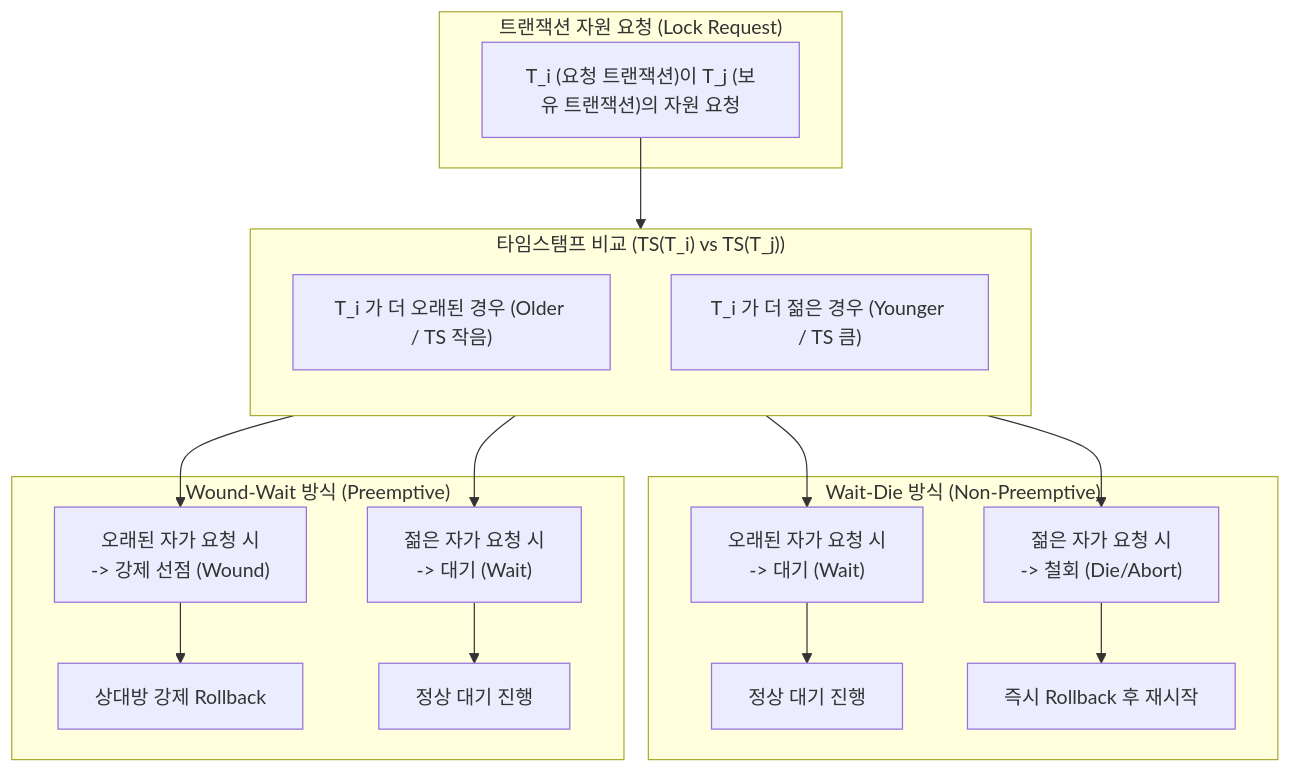
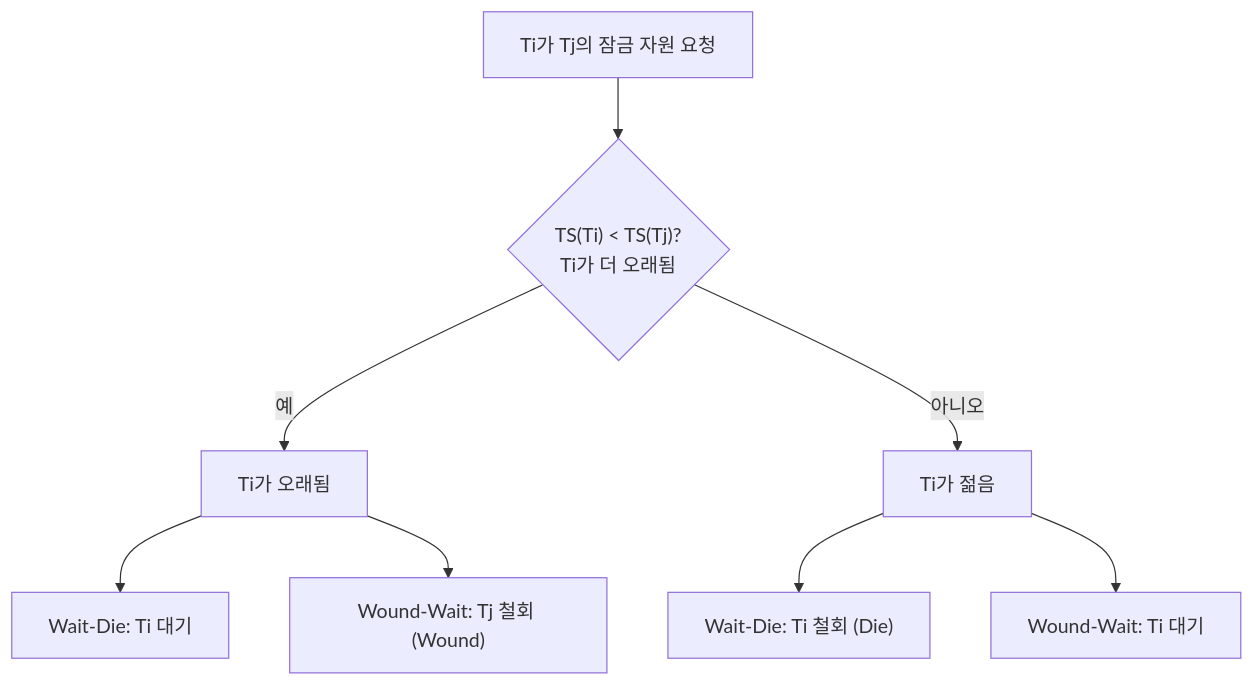
One commit to supremethumb/supremethumb.github.io changed the diagram in content/01_IT Tech/Wait-Die와 Wound-Wait.md. Above: the diagram before and after it, drawn with Mermaid. The commit also changed other lines of this file and 1087 other files, not shown here.

````diff
--- a/content/01_IT Tech/Wait-Die와 Wound-Wait.md
+++ b/content/01_IT Tech/Wait-Die와 Wound-Wait.md
@@ -23,27 +35,10 @@
 ```mermaid
 flowchart TB
-    subgraph Request["트랜잭션 자원 요청 (Lock Request)"]
-        R["T_i (요청 트랜잭션)이 T_j (보유 트랜잭션)의 자원 요청"]
-    end
-
-    subgraph Condition["타임스탬프 비교 (TS(T_i) vs TS(T_j))"]
-        direction TB
-        C1["T_i 가 더 오래된 경우 (Older / TS 작음)"]
-        C2["T_i 가 더 젊은 경우 (Younger / TS 큼)"]
-    end
-
-    subgraph WaitDie["Wait-Die 방식 (Non-Preemptive)"]
-        WD1["오래된 자가 요청 시<br/>-> 대기 (Wait)"] --> WD_S1["정상 대기 진행"]
-        WD2["젊은 자가 요청 시<br/>-> 철회 (Die/Abort)"] --> WD_S2["즉시 Rollback 후 재시작"]
-    end
-
-    subgraph WoundWait["Wound-Wait 방식 (Preemptive)"]
-        WW1["오래된 자가 요청 시<br/>-> 강제 선점 (Wound)"] --> WW_S1["상대방 강제 Rollback"]
-        WW2["젊은 자가 요청 시<br/>-> 대기 (Wait)"] --> WW_S2["정상 대기 진행"]
-    end
-
-    R --> Condition
-    C1 --> WD1 & WW1
-    C2 --> WD2 & WW2
-
+    R["Ti가 Tj의 잠금 자원 요청"] --> C{"TS(Ti) < TS(Tj)?<br/>Ti가 더 오래됨"}
+    C -->|"예"| O["Ti가 오래됨"]
+    C -->|"아니오"| Y["Ti가 젊음"]
+    O --> WD1["Wait-Die: Ti 대기"]
+    O --> WW1["Wound-Wait: Tj 철회 (Wound)"]
+    Y --> WD2["Wait-Die: Ti 철회 (Die)"]
+    Y --> WW2["Wound-Wait: Ti 대기"]
 ```
````
